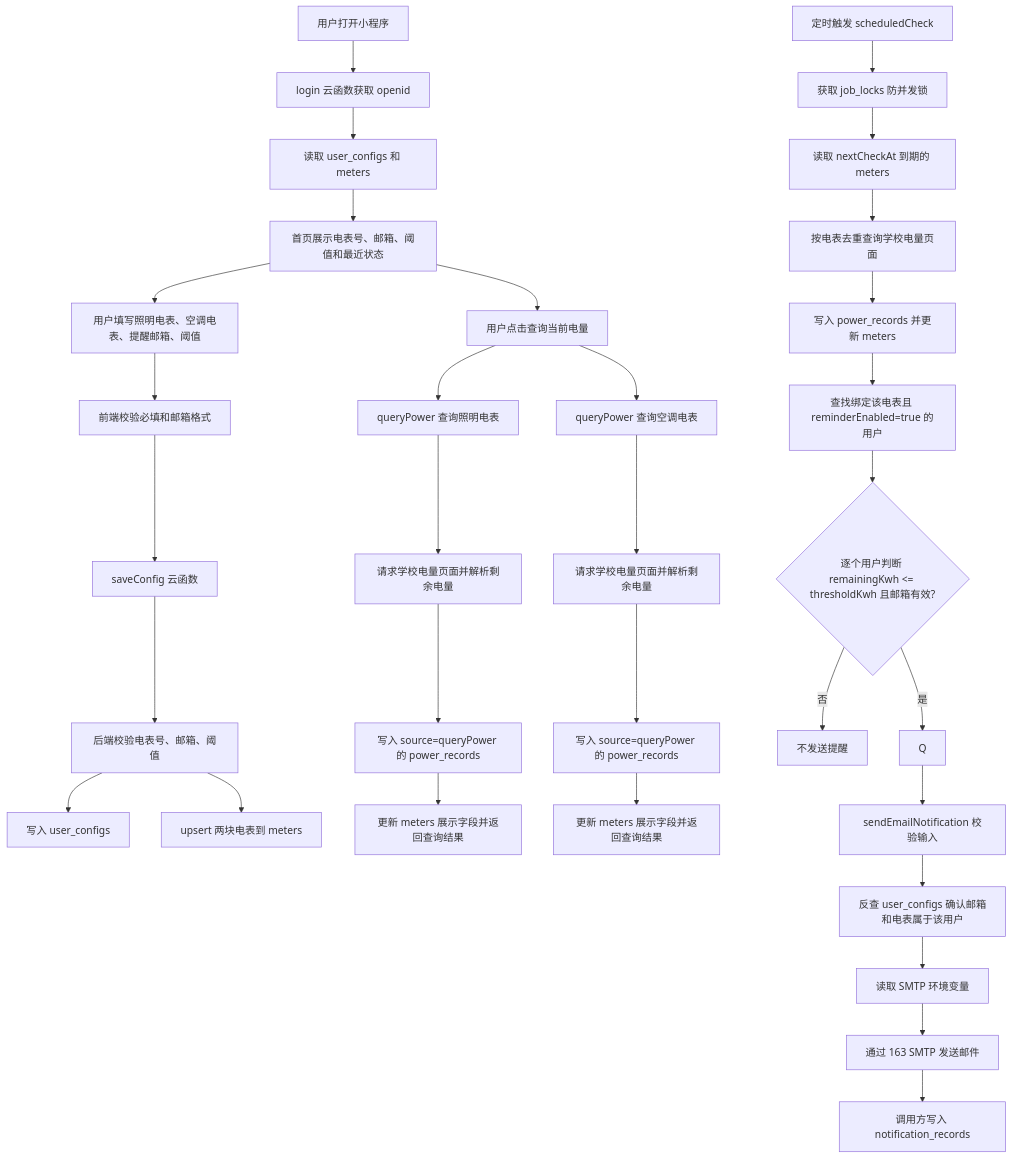
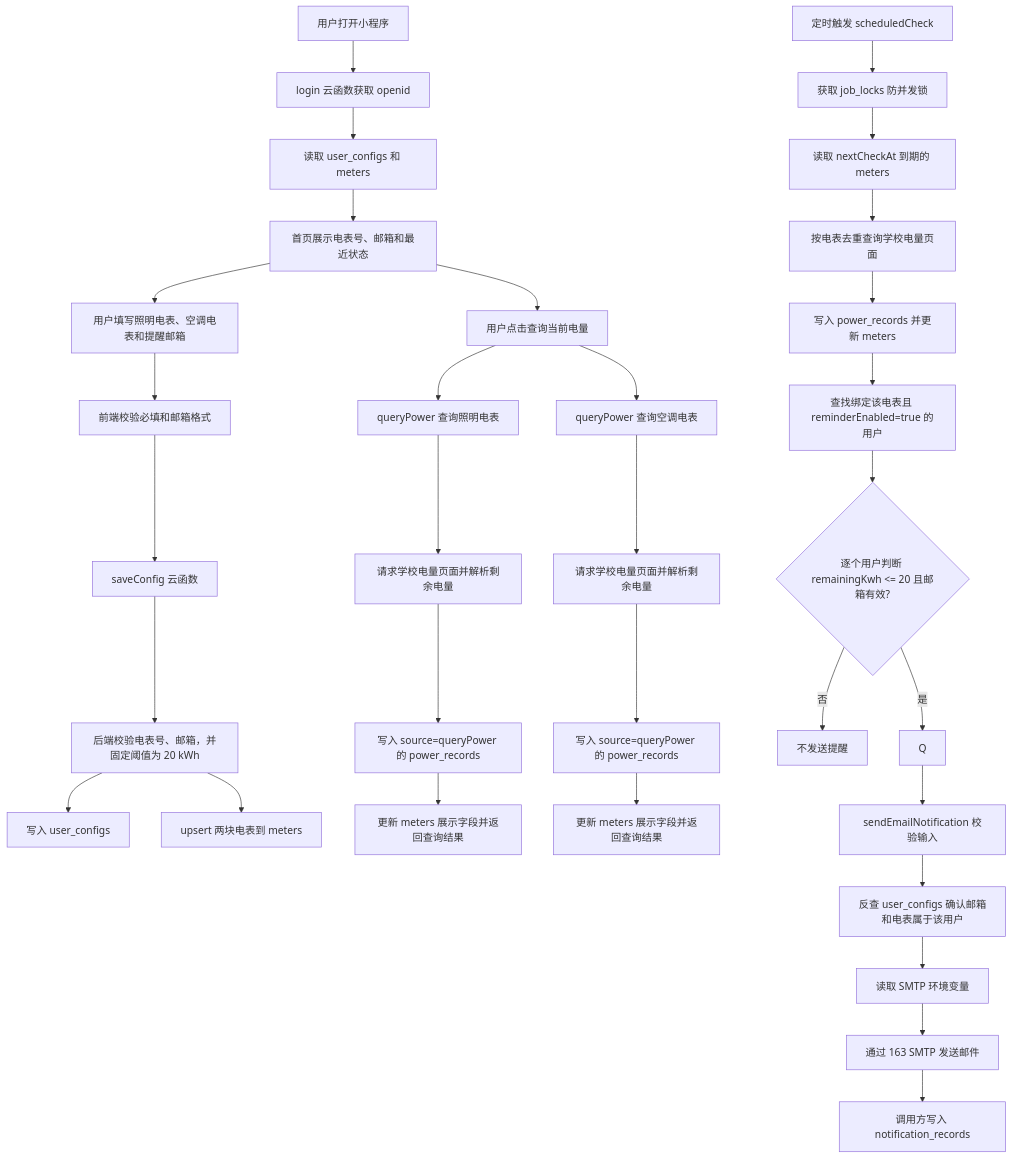
The diagram in docs/logic-flow.md (wtx1717/duaa-power-reminder), drawn with Mermaid before and after one commit. The commit also changed other lines of this file and 13 other files, not shown here.

````diff
--- a/docs/logic-flow.md
+++ b/docs/logic-flow.md
@@ -5,38 +5,38 @@
 ```mermaid
 flowchart TD
   A["用户打开小程序"] --> B["login 云函数获取 openid"]
   B --> C["读取 user_configs 和 meters"]
-  C --> D["首页展示电表号、邮箱、阈值和最近状态"]
+  C --> D["首页展示电表号、邮箱和最近状态"]
 
-  D --> E["用户填写照明电表、空调电表、提醒邮箱、阈值"]
+  D --> E["用户填写照明电表、空调电表和提醒邮箱"]
   E --> F["前端校验必填和邮箱格式"]
   F --> G["saveConfig 云函数"]
-  G --> H["后端校验电表号、邮箱、阈值"]
+  G --> H["后端校验电表号、邮箱，并固定阈值为 20 kWh"]
   H --> I["写入 user_configs"]
   H --> J["upsert 两块电表到 meters"]
 
   D --> K["用户点击查询当前电量"]
   K --> L1["queryPower 查询照明电表"]
   K --> L2["queryPower 查询空调电表"]
   L1 --> M1["请求学校电量页面并解析剩余电量"]
   L2 --> M2["请求学校电量页面并解析剩余电量"]
   M1 --> N1["写入 source=queryPower 的 power_records"]
   M2 --> N2["写入 source=queryPower 的 power_records"]
   N1 --> P1["更新 meters 展示字段并返回查询结果"]
   N2 --> P2["更新 meters 展示字段并返回查询结果"]
 
   R["定时触发 scheduledCheck"] --> S["获取 job_locks 防并发锁"]
   S --> T["读取 nextCheckAt 到期的 meters"]
   T --> U["按电表去重查询学校电量页面"]
   U --> V["写入 power_records 并更新 meters"]
   V --> W["查找绑定该电表且 reminderEnabled=true 的用户"]
-  W --> X{"逐个用户判断 remainingKwh <= thresholdKwh 且邮箱有效?"}
+  W --> X{"逐个用户判断 remainingKwh <= 20 且邮箱有效?"}
   X -- "否" --> Y["不发送提醒"]
   X -- "是" --> Q
 
   Q --> Z["sendEmailNotification 校验输入"]
   Z --> AA["反查 user_configs 确认邮箱和电表属于该用户"]
   AA --> AB["读取 SMTP 环境变量"]
   AB --> AC["通过 163 SMTP 发送邮件"]
   AC --> AD["调用方写入 notification_records"]
 ```
````
